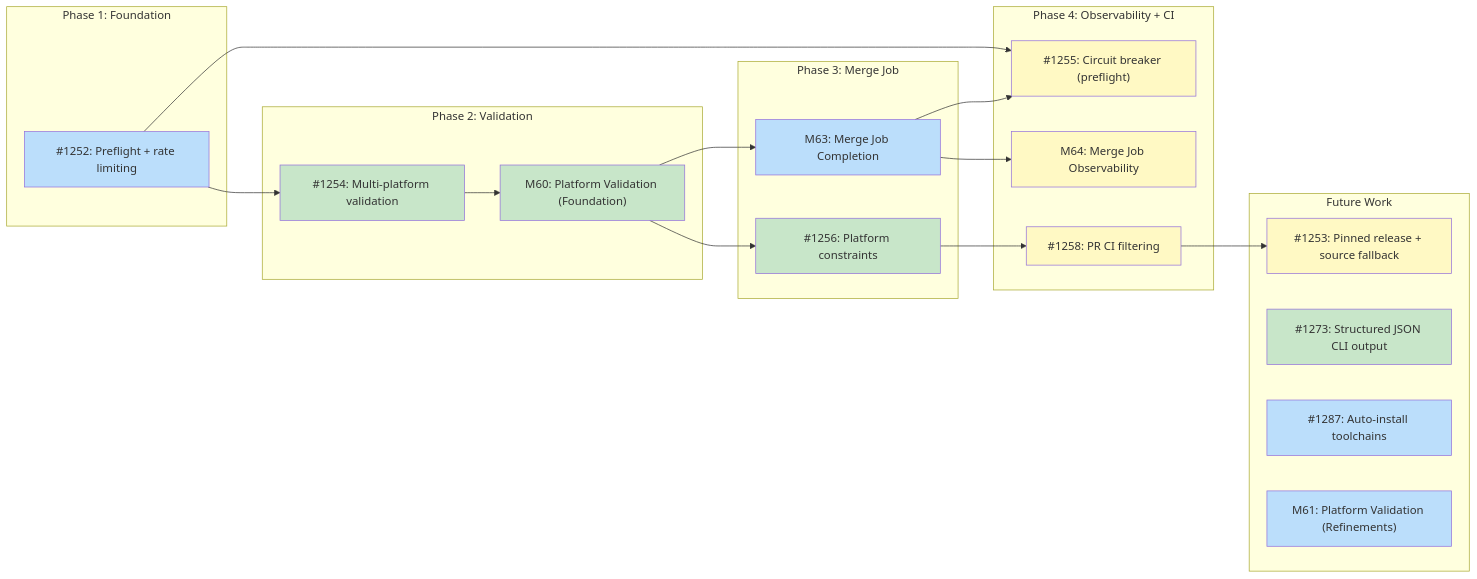
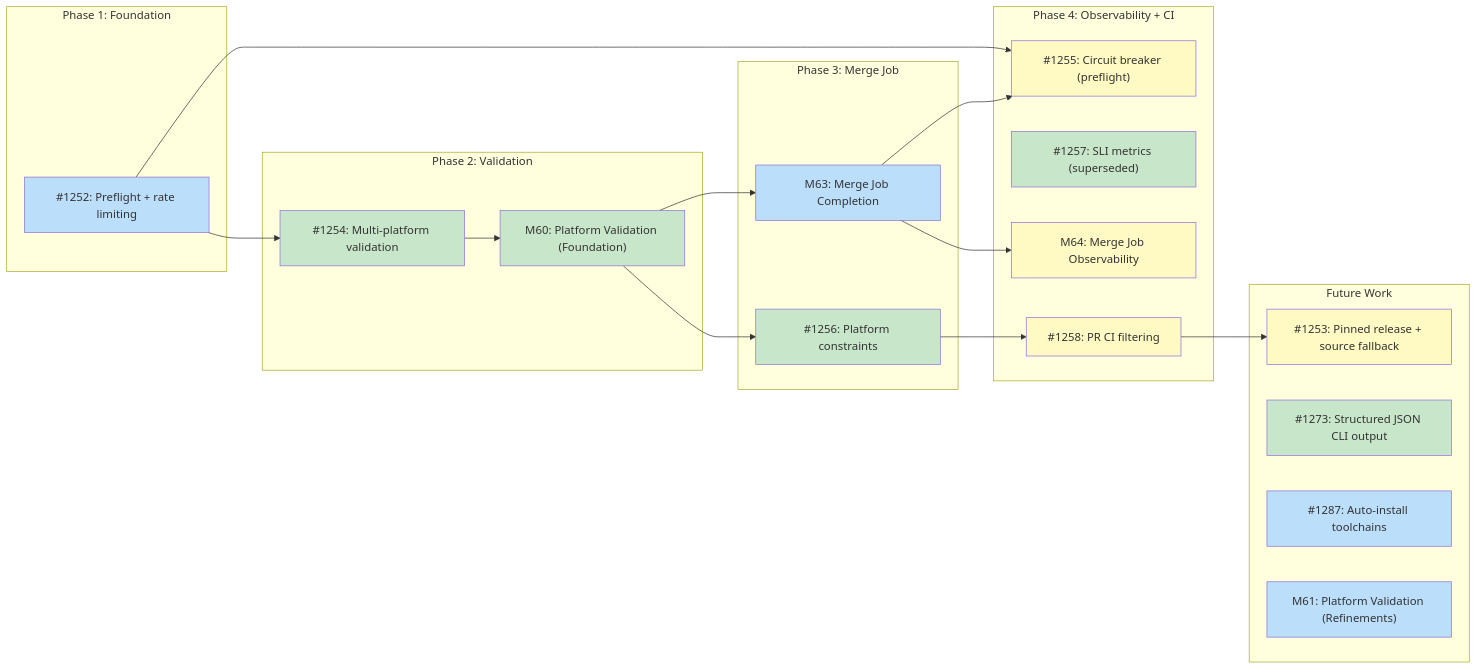
The diagram in docs/designs/DESIGN-batch-recipe-generation.md (tsukumogami/tsuku), drawn with Mermaid before and after one commit.

Commit message:
fix: keep #1257 in diagram as done (CI validation)

````diff
--- a/docs/designs/DESIGN-batch-recipe-generation.md
+++ b/docs/designs/DESIGN-batch-recipe-generation.md
@@ -34,49 +34,50 @@
 ```mermaid
 graph LR
     subgraph Phase1["Phase 1: Foundation"]
         I1252["#1252: Preflight + rate limiting"]
     end
 
     subgraph Phase2["Phase 2: Validation"]
         I1254["#1254: Multi-platform validation"]
         M60["M60: Platform Validation (Foundation)"]
     end
 
     subgraph Phase3["Phase 3: Merge Job"]
         I1256["#1256: Platform constraints"]
         M63["M63: Merge Job Completion"]
     end
 
     subgraph Phase4["Phase 4: Observability + CI"]
         I1255["#1255: Circuit breaker (preflight)"]
+        I1257["#1257: SLI metrics (superseded)"]
         M64["M64: Merge Job Observability"]
         I1258["#1258: PR CI filtering"]
     end
 
     subgraph Future["Future Work"]
         I1253["#1253: Pinned release + source fallback"]
         I1273["#1273: Structured JSON CLI output"]
         I1287["#1287: Auto-install toolchains"]
         M61["M61: Platform Validation (Refinements)"]
     end
 
     I1252 --> I1254
     I1254 --> M60
     M60 --> I1256
     M60 --> M63
     I1256 --> I1258
     I1258 --> I1253
     M63 --> I1255
     I1252 --> I1255
     M63 --> M64
 
     classDef done fill:#c8e6c9
     classDef ready fill:#bbdefb
     classDef blocked fill:#fff9c4
     classDef needsDesign fill:#e1bee7
 
-    class I1254,I1273 done
+    class I1254,I1273,I1257 done
     class M60,I1256 done
     class I1252,I1287,M61,M63 ready
     class I1253,I1255,I1258,M64 blocked
 ```
````
